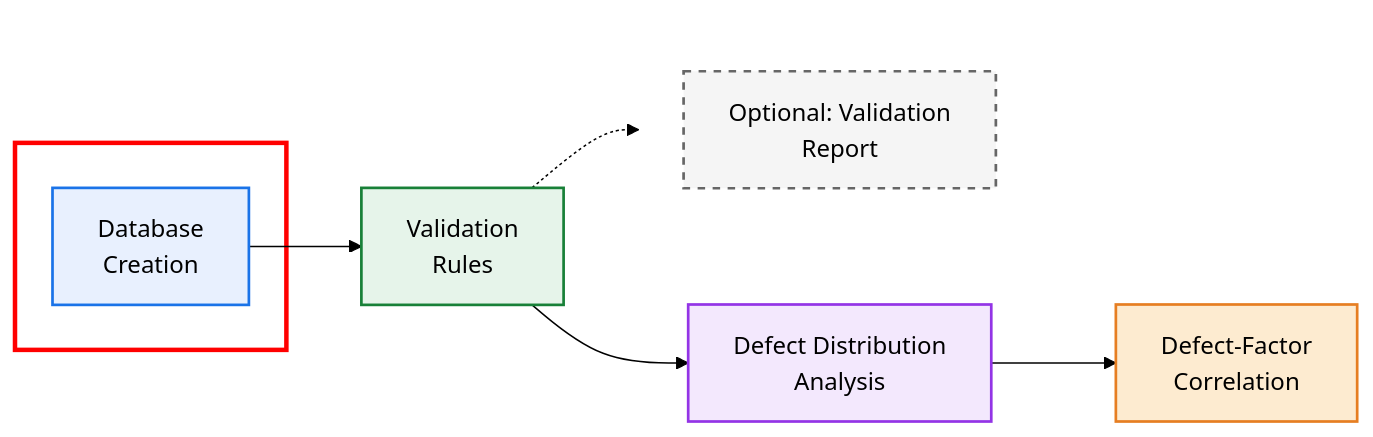
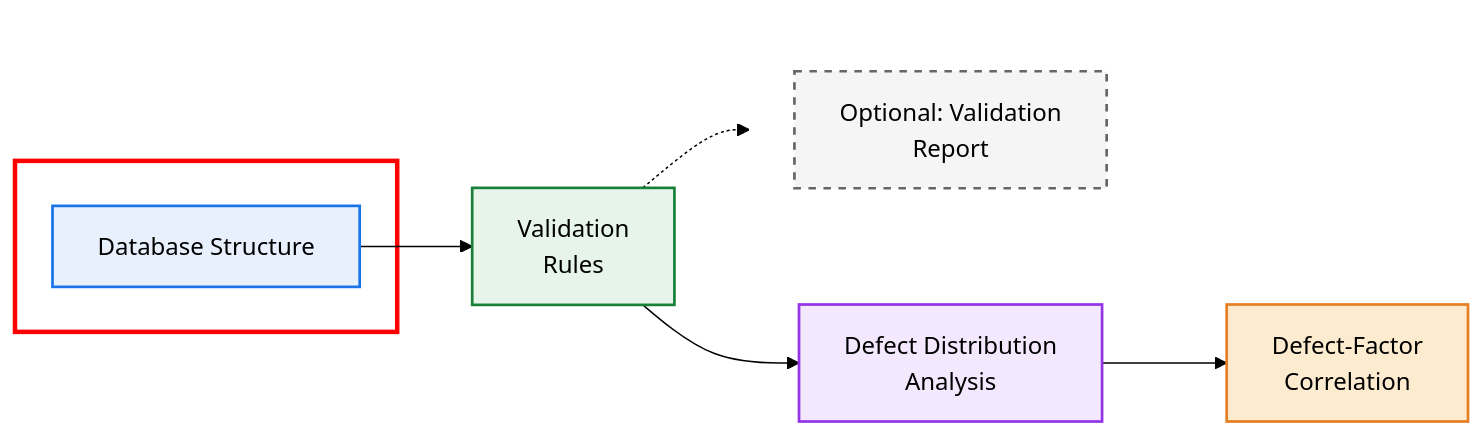
The diagram in README.md (SewerDefectAnalysis/Database_Structure), drawn with Mermaid (forest theme) before and after one commit.

````diff
--- a/README.md
+++ b/README.md
@@ -8,34 +8,34 @@
 ```mermaid
 %%{init: {'flowchart': {'nodeSpacing': 40, 'rankSpacing': 50}}}%%
 flowchart LR
 
-    A[Database <br/>Structure <br/>and<br/> Data <br/>Implementation]:::data -->  B[Validation<br/>Rules]:::validation
+    A[Database Structure]:::data -->  B[Validation<br/>Rules]:::validation
     B --> D[Defect Distribution<br/>Analysis]:::analysis
     D --> E[Defect-Factor<br/>Correlation]:::analysisP2
 
     %% Optional branch BELOW
     subgraph optional_branch[ ]
         direction TB
         C[Optional: Validation<br/>Report]:::optional
     end
     style optional_branch fill:none,stroke:none
 
     subgraph stage1[ ]
-        A[Database<br/>Creation]
+        A[Database Structure]
     end
  
     style stage1 stroke:#FF0000,stroke-width:3px,fill:none
     B -.-> C
 
     %% Click links
     click A "https://github.com/SewerDefectAnalysis/Database_Structure"
 
     %% Styles
     classDef data fill:#E8F0FE,stroke:#1A73E8,stroke-width:1.8px
     classDef validation fill:#E6F4EA,stroke:#188038,stroke-width:1.8px
     classDef analysis fill:#F3E8FD,stroke:#9334E6,stroke-width:1.8px
     classDef analysisP2 fill:#FDEBD0,stroke:#E67E22,stroke-width:1.8px
     classDef prediction fill:#FEF7E0,stroke:#F9AB00,stroke-width:1.8px
     classDef optional fill:#F5F5F5,stroke:#666666,stroke-width:1.8px,stroke-dasharray: 5 5
 
 ```
````
